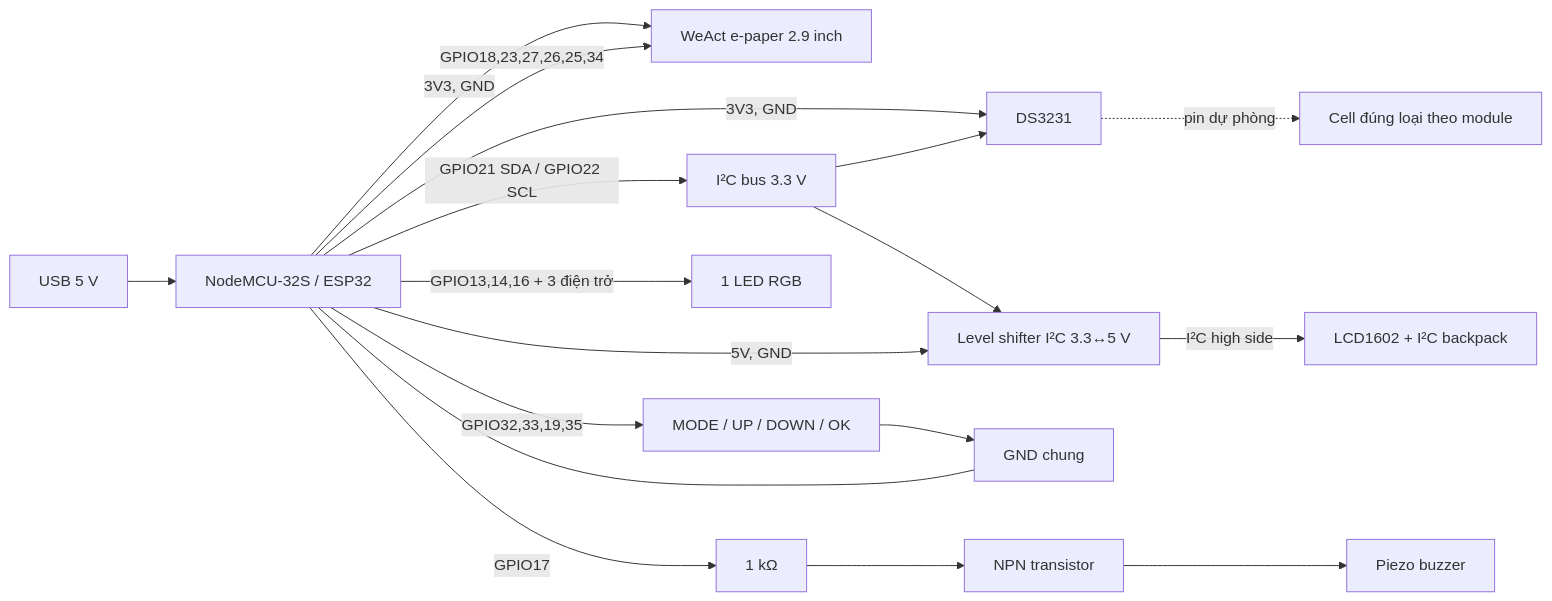
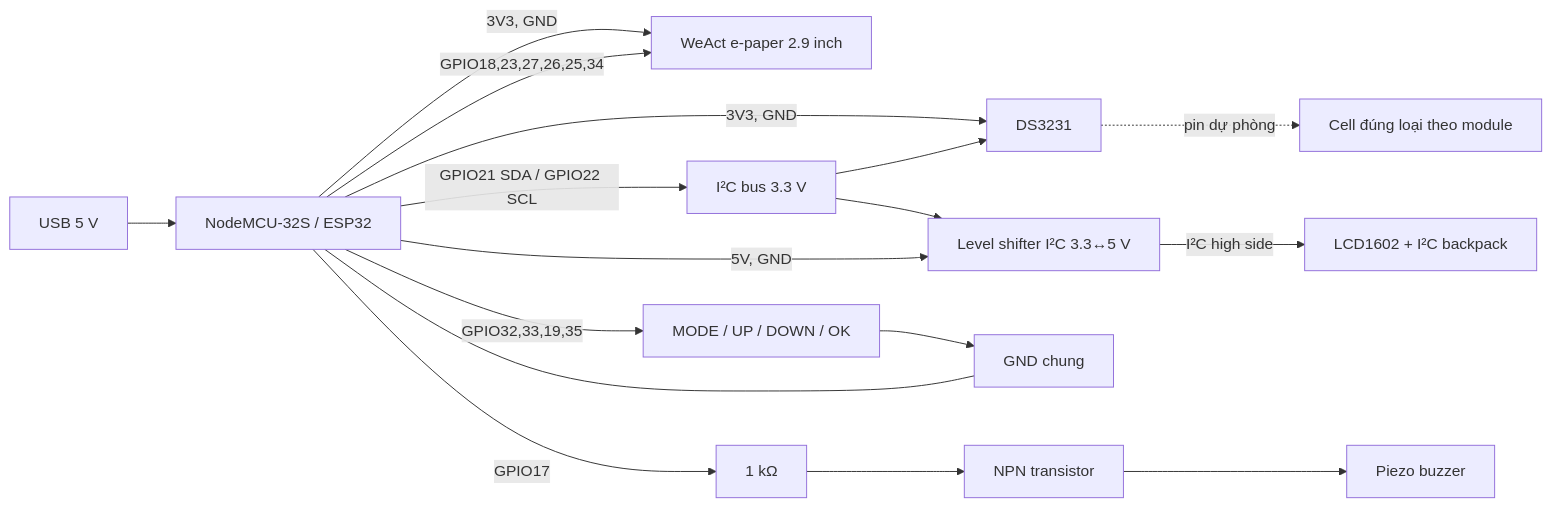
Before and after one commit to nguyendonhat/Desk-Buddy-Project: the diagram in HARDWARE_WIRING.md, drawn with Mermaid. The commit also changed other lines of this file and 11 other files, not shown here.

````diff
--- a/HARDWARE_WIRING.md
+++ b/HARDWARE_WIRING.md
@@ -7,20 +7,19 @@
 ```mermaid
 flowchart LR
   USB[USB 5 V] --> ESP[NodeMCU-32S / ESP32]
   ESP -- 3V3, GND --> EPD[WeAct e-paper 2.9 inch]
   ESP -- GPIO18,23,27,26,25,34 --> EPD
   ESP -- 3V3, GND --> RTC[DS3231]
   ESP -- GPIO21 SDA / GPIO22 SCL --> BUS[I²C bus 3.3 V]
   BUS --> RTC
   BUS --> LS[Level shifter I²C 3.3↔5 V]
   ESP -- 5V, GND --> LS
   LS -- I²C high side --> LCD[LCD1602 + I²C backpack]
   ESP -- GPIO32,33,19,35 --> BTN[MODE / UP / DOWN / OK]
   BTN --> GND[GND chung]
-  ESP -- GPIO13,14,16 + 3 điện trở --> RGB[1 LED RGB]
   ESP -- GPIO17 --> R[1 kΩ]
   R --> Q[NPN transistor]
   Q --> BUZ[Piezo buzzer]
   ESP --- GND
   RTC -. pin dự phòng .-> CELL[Cell đúng loại theo module]
 ```
````
